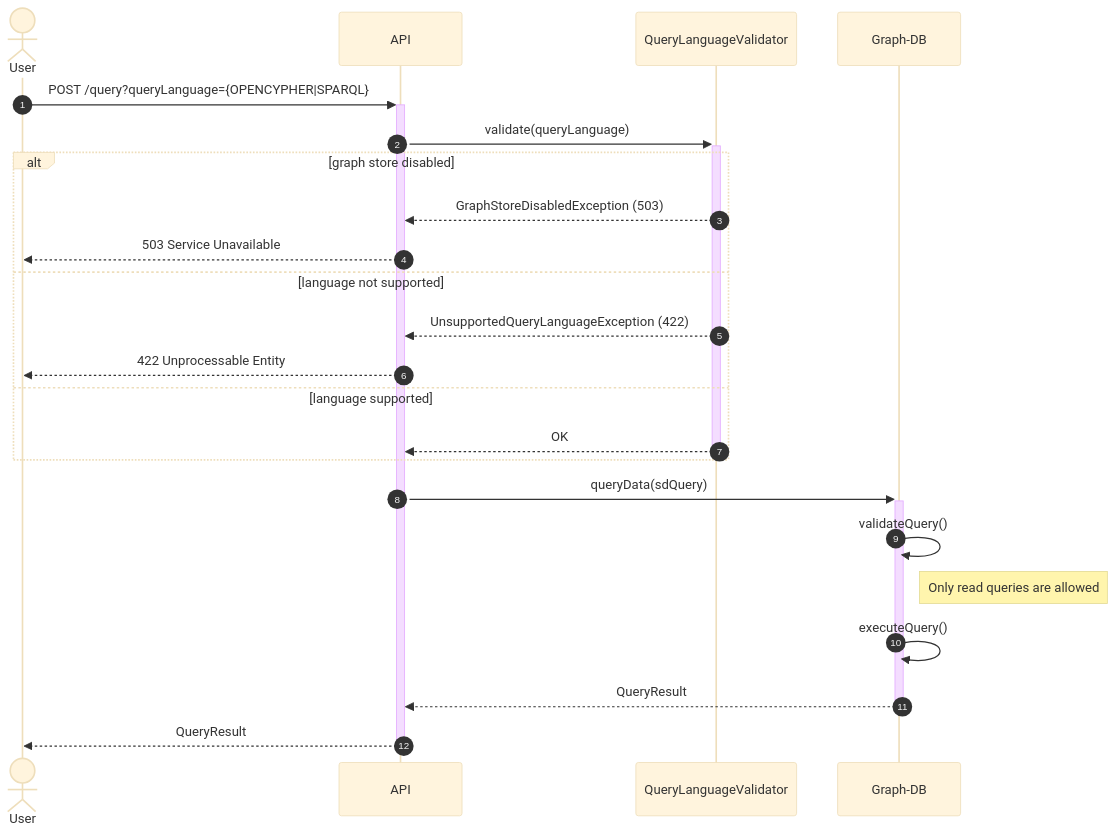
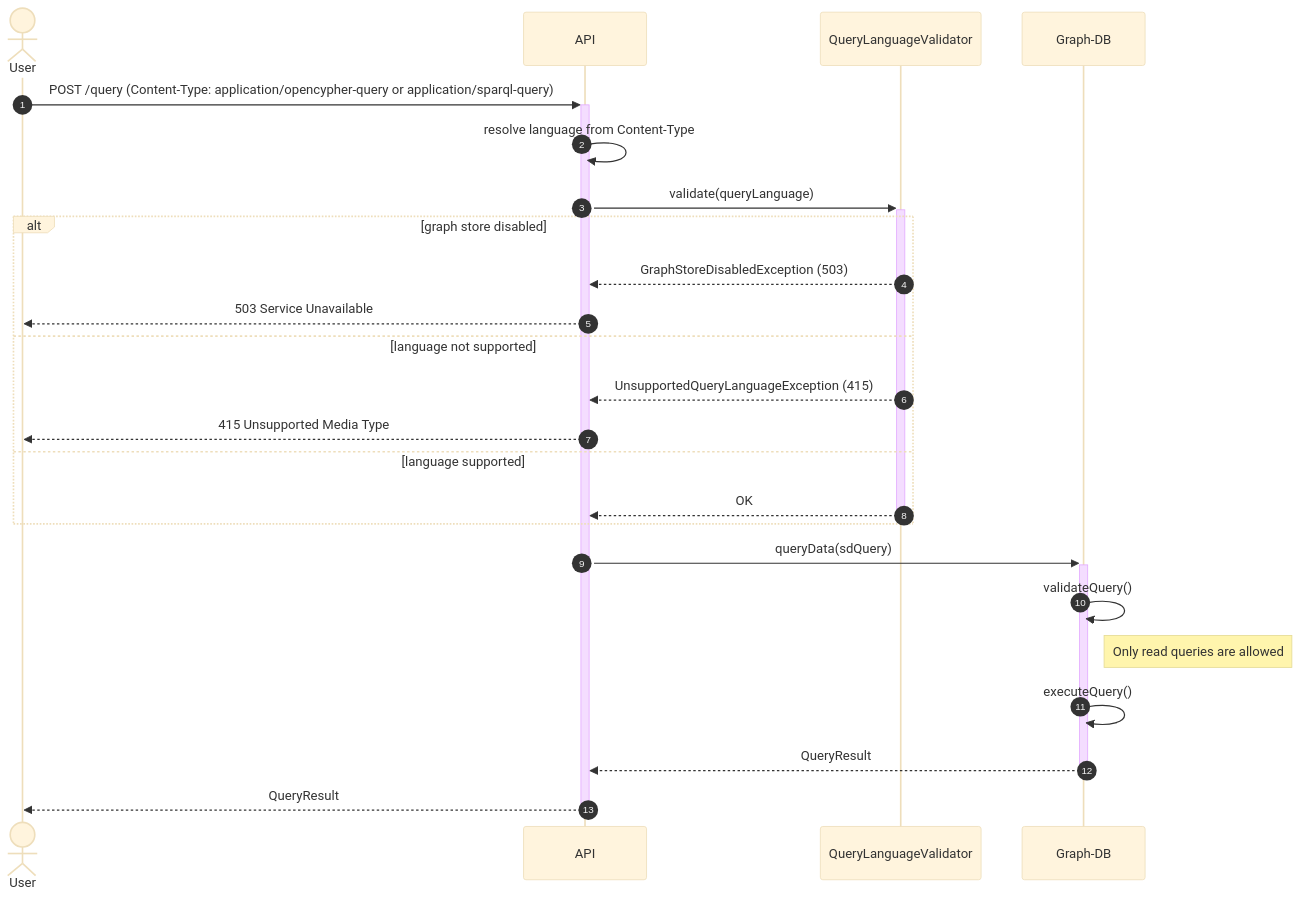
Before and after one commit to federated-catalogue-enhancements-2026/docs: diagram 26 of 31 in federated-catalogue/src/docs/architecture/chapters/06_runtime_view.adoc, drawn with Mermaid (base theme). The commit also changed other lines of this file and 1 other file, not shown here.

Commit message:
feat(CAT-FR-GD-06): rework query param
Rework query language selection from query-params to content-type header (as specified by SRS)

```diff
--- a/federated-catalogue/src/docs/architecture/chapters/06_runtime_view.adoc
+++ b/federated-catalogue/src/docs/architecture/chapters/06_runtime_view.adoc
@@ -778,26 +778,27 @@
 [mermaid, width=2000]
 ....
 sequenceDiagram
     autonumber
     actor User
     participant API
     participant Validator as QueryLanguageValidator
     participant Graph as Graph-DB
-    User ->> + API: POST /query?queryLanguage={OPENCYPHER|SPARQL}
+    User ->> + API: POST /query (Content-Type: application/opencypher-query or application/sparql-query)
+    API ->> API: resolve language from Content-Type
     API ->> + Validator: validate(queryLanguage)
     alt graph store disabled
         Validator -->> API: GraphStoreDisabledException (503)
         API -->> User: 503 Service Unavailable
     else language not supported
-        Validator -->> API: UnsupportedQueryLanguageException (422)
-        API -->> User: 422 Unprocessable Entity
+        Validator -->> API: UnsupportedQueryLanguageException (415)
+        API -->> User: 415 Unsupported Media Type
     else language supported
         Validator -->> - API: OK
     end
     API ->> + Graph: queryData(sdQuery)
     Graph ->> Graph: validateQuery()
     Note right of Graph: Only read queries are allowed
     Graph ->> Graph: executeQuery()
     Graph -->> -API: QueryResult
     API -->> -User: QueryResult
 ....
```
